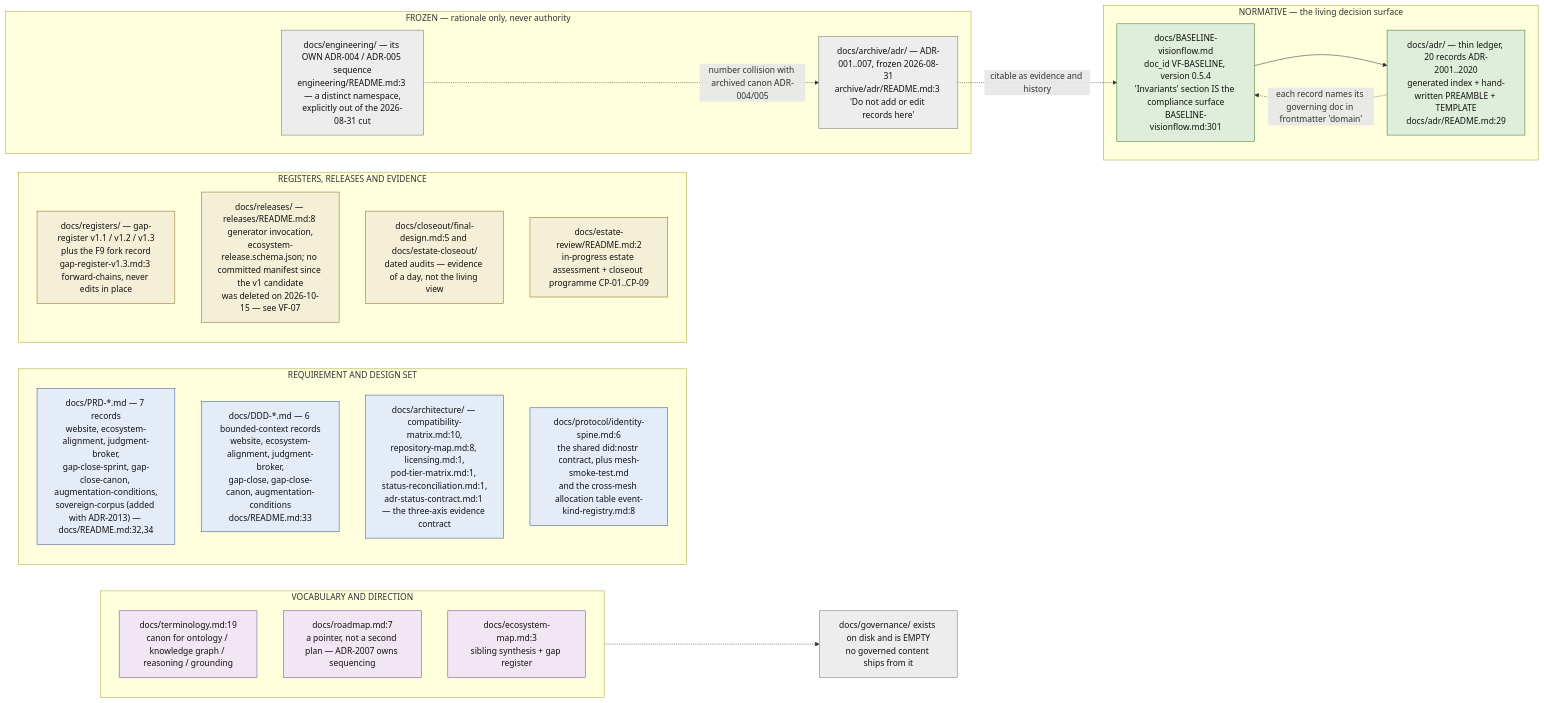
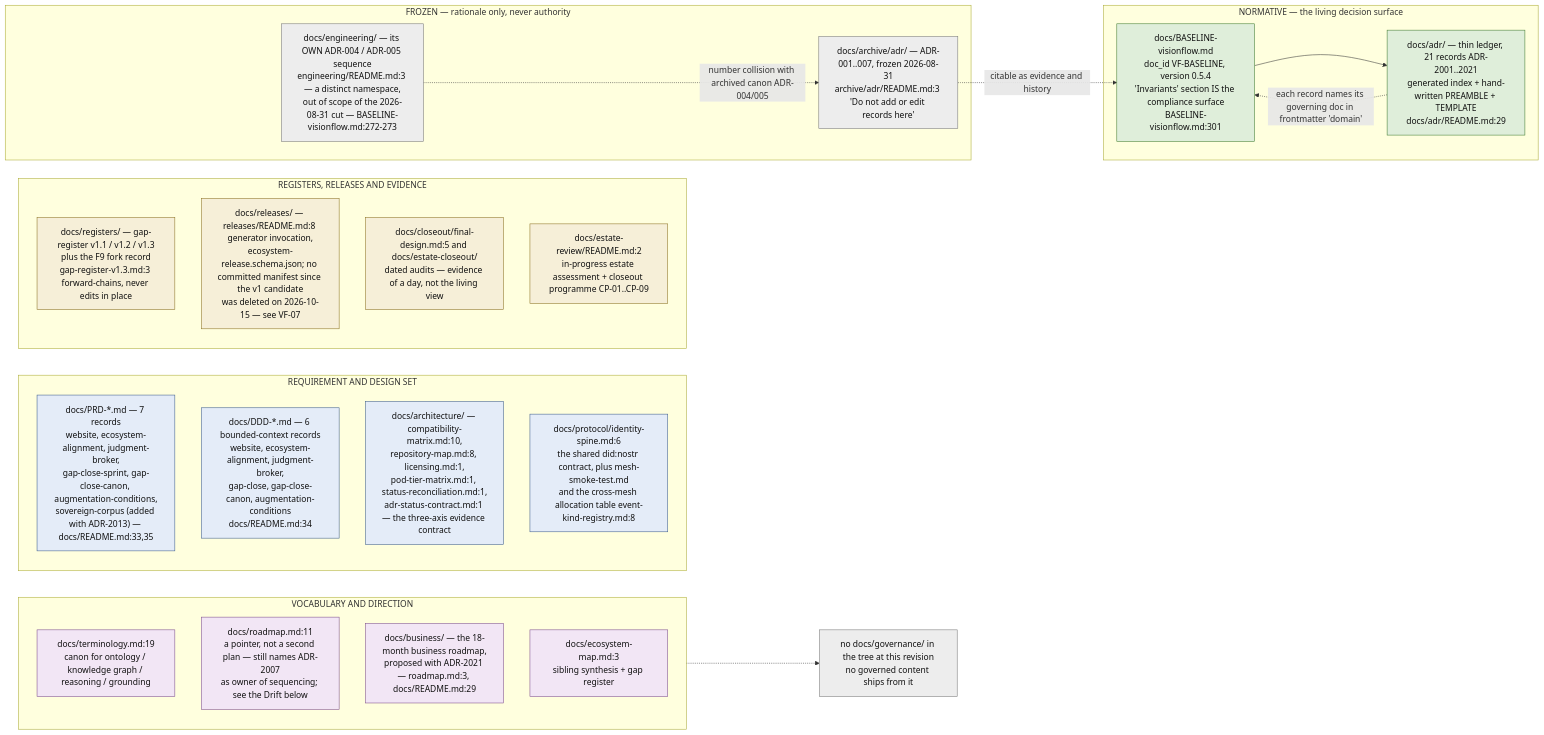
One commit to DreamLab-AI/VisionFlow changed the first of 11 diagrams in docs/diagrams/visionflow/01-repo-composition-and-canon.md. Above: the diagram before and after it, drawn with Mermaid. The commit also changed other lines of this file and 91 other files, not shown here.

````diff
--- a/docs/diagrams/visionflow/01-repo-composition-and-canon.md
+++ b/docs/diagrams/visionflow/01-repo-composition-and-canon.md
@@ -65,45 +69,46 @@
 ```mermaid
 flowchart LR
     classDef norm fill:#dfeeda,stroke:#3f7a2f,color:#111
     classDef spec fill:#e4ecf8,stroke:#3a5a8a,color:#111
     classDef reg fill:#f6efd8,stroke:#8a7020,color:#111
     classDef frozen fill:#ededed,stroke:#777,color:#111
     classDef other fill:#f2e6f5,stroke:#7a4a8a,color:#111
 
     subgraph LIVING["NORMATIVE — the living decision surface"]
         BASE["docs/BASELINE-visionflow.md<br/>doc_id VF-BASELINE, version 0.5.4<br/>'Invariants' section IS the compliance surface<br/>BASELINE-visionflow.md:301"]:::norm
-        LED["docs/adr/ — thin ledger, 20 records ADR-2001..2020<br/>generated index + hand-written PREAMBLE + TEMPLATE<br/>docs/adr/README.md:29"]:::norm
+        LED["docs/adr/ — thin ledger, 21 records ADR-2001..2021<br/>generated index + hand-written PREAMBLE + TEMPLATE<br/>docs/adr/README.md:29"]:::norm
     end
 
     subgraph SPECS["REQUIREMENT AND DESIGN SET"]
-        PRD["docs/PRD-*.md — 7 records<br/>website, ecosystem-alignment, judgment-broker,<br/>gap-close-sprint, gap-close-canon, augmentation-conditions,<br/>sovereign-corpus (added with ADR-2013) — docs/README.md:32,34"]:::spec
-        DDD["docs/DDD-*.md — 6 bounded-context records<br/>website, ecosystem-alignment, judgment-broker,<br/>gap-close, gap-close-canon, augmentation-conditions<br/>docs/README.md:33"]:::spec
+        PRD["docs/PRD-*.md — 7 records<br/>website, ecosystem-alignment, judgment-broker,<br/>gap-close-sprint, gap-close-canon, augmentation-conditions,<br/>sovereign-corpus (added with ADR-2013) — docs/README.md:33,35"]:::spec
+        DDD["docs/DDD-*.md — 6 bounded-context records<br/>website, ecosystem-alignment, judgment-broker,<br/>gap-close, gap-close-canon, augmentation-conditions<br/>docs/README.md:34"]:::spec
         ARCH["docs/architecture/ — compatibility-matrix.md:10,<br/>repository-map.md:8, licensing.md:1,<br/>pod-tier-matrix.md:1, status-reconciliation.md:1,<br/>adr-status-contract.md:1 — the three-axis evidence contract"]:::spec
         PROTO["docs/protocol/identity-spine.md:6<br/>the shared did:nostr contract, plus mesh-smoke-test.md<br/>and the cross-mesh allocation table event-kind-registry.md:8"]:::spec
     end
 
     subgraph EVID["REGISTERS, RELEASES AND EVIDENCE"]
         REG["docs/registers/ — gap-register v1.1 / v1.2 / v1.3<br/>plus the F9 fork record<br/>gap-register-v1.3.md:3 forward-chains, never edits in place"]:::reg
         REL["docs/releases/ — releases/README.md:8 generator invocation,<br/>ecosystem-release.schema.json; no committed manifest since the v1 candidate<br/>was deleted on 2026-10-15 — see VF-07"]:::reg
         CLOSE["docs/closeout/final-design.md:5 and docs/estate-closeout/<br/>dated audits — evidence of a day, not the living view"]:::reg
         REVIEW["docs/estate-review/README.md:2<br/>in-progress estate assessment + closeout programme CP-01..CP-09"]:::reg
     end
 
     subgraph WORDS["VOCABULARY AND DIRECTION"]
         TERM["docs/terminology.md:19<br/>canon for ontology / knowledge graph / reasoning / grounding"]:::other
-        ROAD["docs/roadmap.md:7<br/>a pointer, not a second plan — ADR-2007 owns sequencing"]:::other
+        ROAD["docs/roadmap.md:11<br/>a pointer, not a second plan — still names ADR-2007<br/>as owner of sequencing; see the Drift below"]:::other
+        BIZ["docs/business/ — the 18-month business roadmap,<br/>proposed with ADR-2021 — roadmap.md:3, docs/README.md:29"]:::other
         MAP["docs/ecosystem-map.md:3<br/>sibling synthesis + gap register"]:::other
     end
 
     subgraph FROZEN["FROZEN — rationale only, never authority"]
         ARCHV["docs/archive/adr/ — ADR-001..007, frozen 2026-08-31<br/>archive/adr/README.md:3 'Do not add or edit records here'"]:::frozen
-        ENG["docs/engineering/ — its OWN ADR-004 / ADR-005 sequence<br/>engineering/README.md:3 — a distinct namespace,<br/>explicitly out of the 2026-08-31 cut"]:::frozen
+        ENG["docs/engineering/ — its OWN ADR-004 / ADR-005 sequence<br/>engineering/README.md:3 — a distinct namespace,<br/>out of scope of the 2026-08-31 cut — BASELINE-visionflow.md:272-273"]:::frozen
     end
 
     BASE --> LED
     LED -.->|"each record names its governing doc in frontmatter 'domain'"| BASE
     ARCHV -.->|"citable as evidence and history"| BASE
     ENG -.->|"number collision with archived canon ADR-004/005"| ARCHV
-    EMPTY["docs/governance/ exists on disk and is EMPTY<br/>no governed content ships from it"]:::frozen
+    EMPTY["no docs/governance/ in the tree at this revision<br/>no governed content ships from it"]:::frozen
     WORDS -.-> EMPTY
 ```
````
